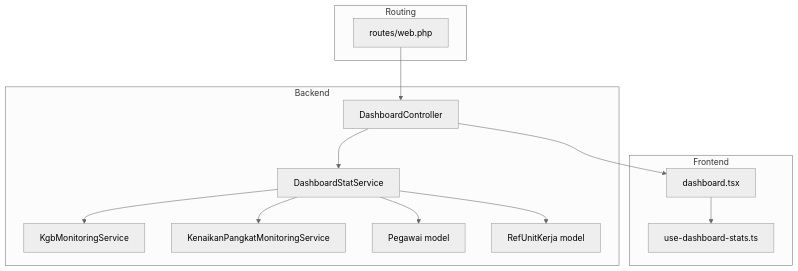
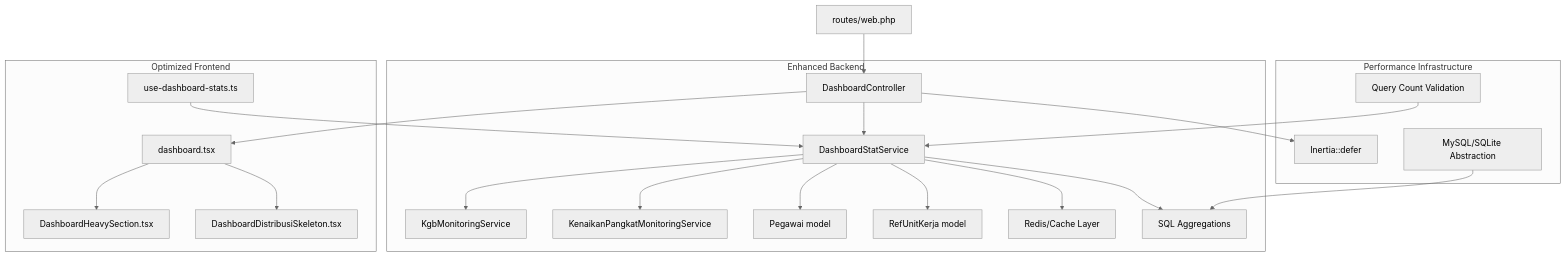
One commit to PA-Penajam/kepegawaian_apps changed the first of 5 diagrams in .qoder/repowiki/en/content/Monitoring and Analytics System/Dashboard Analytics and Statistics.md. Above: the diagram before and after it, drawn with Mermaid (neutral theme). The commit also changed other lines of this file and 22 other files, not shown here.

````diff
--- a/.qoder/repowiki/en/content/Monitoring and Analytics System/Dashboard Analytics and Statistics.md
+++ b/.qoder/repowiki/en/content/Monitoring and Analytics System/Dashboard Analytics and Statistics.md
@@ -41,26 +54,40 @@
 ```mermaid
 graph TB
-subgraph "Backend"
+subgraph "Enhanced Backend"
 DC["DashboardController"]
 DSS["DashboardStatService"]
 KGB["KgbMonitoringService"]
 KP["KenaikanPangkatMonitoringService"]
 PM["Pegawai model"]
 RK["RefUnitKerja model"]
+CACHE["Redis/Cache Layer"]
+SQL["SQL Aggregations"]
 end
-subgraph "Frontend"
+subgraph "Optimized Frontend"
 Page["dashboard.tsx"]
 Hook["use-dashboard-stats.ts"]
+Heavy["DashboardHeavySection.tsx"]
+Skeleton["DashboardDistribusiSkeleton.tsx"]
 end
-subgraph "Routing"
+subgraph "Performance Infrastructure"
+Deferred["Inertia::defer"]
+QueryLog["Query Count Validation"]
+DBAbstraction["MySQL/SQLite Abstraction"]
+end
 R["routes/web.php"]
-end
 R --> DC
 DC --> DSS
+DSS --> CACHE
+DSS --> SQL
 DSS --> PM
 DSS --> RK
 DSS --> KGB
 DSS --> KP
+DC --> Deferred
 DC --> Page
-Page --> Hook
+Page --> Heavy
+Page --> Skeleton
+Hook --> DSS
+QueryLog --> DSS
+DBAbstraction --> SQL
 ```
````
